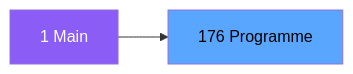
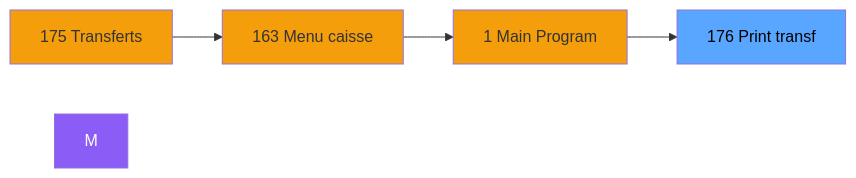
The second of 3 diagrams in .openspec/specs/ADH-IDE-176.md (thonyAGP/magic-migration), drawn with Mermaid before and after one commit. The commit also changed other lines of this file and 323 other files, not shown here.

````diff
--- a/.openspec/specs/ADH-IDE-176.md
+++ b/.openspec/specs/ADH-IDE-176.md
@@ -101,8 +112,15 @@
 ```mermaid
 graph LR
-    M[1 Main]
-    T[176 Programme]
-    M --> T
+    N175[175 Transferts]
+    N163[163 Menu caisse ]
+    N1[1 Main Program]
+    T[176 Print transf]
+    N175 --> N163
+    N163 --> N1
+    N1 --> T
     style M fill:#8b5cf6,color:#fff
+    style N175 fill:#f59e0b
+    style N163 fill:#f59e0b
+    style N1 fill:#f59e0b
     style T fill:#58a6ff,color:#000
 ```
````
